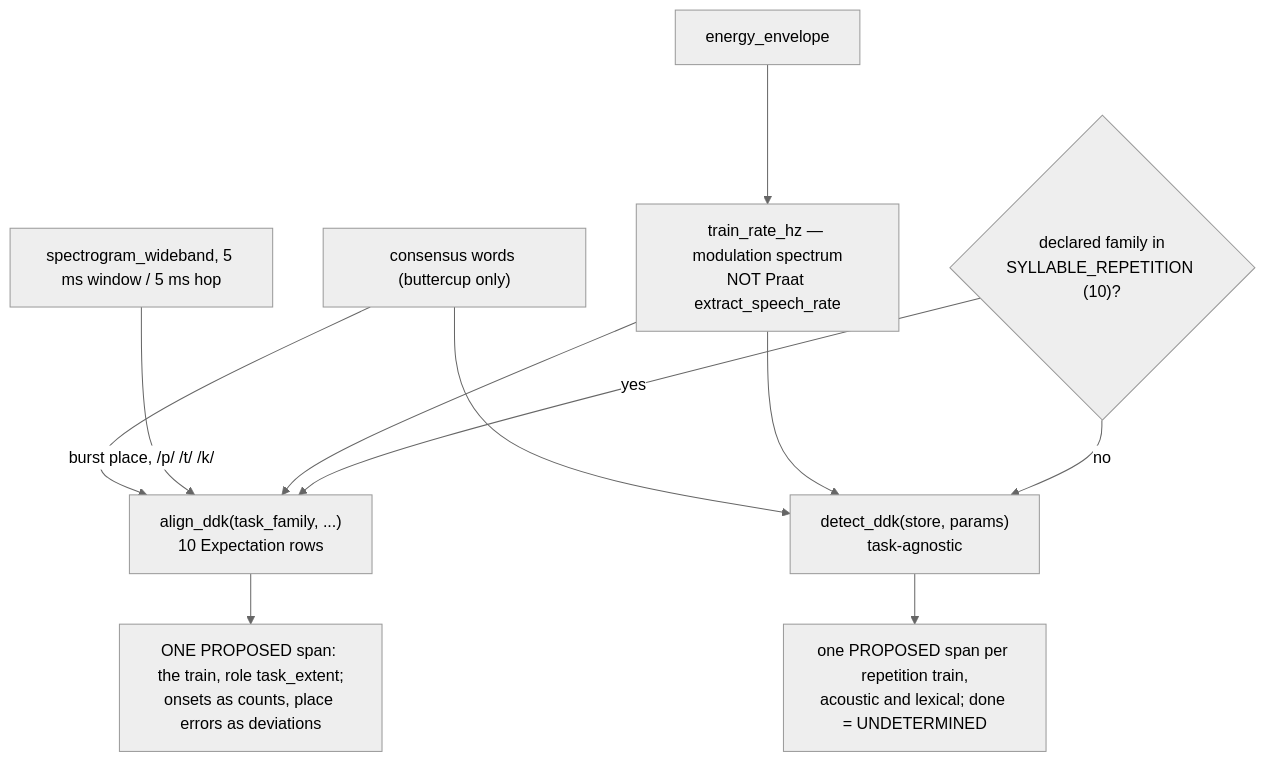
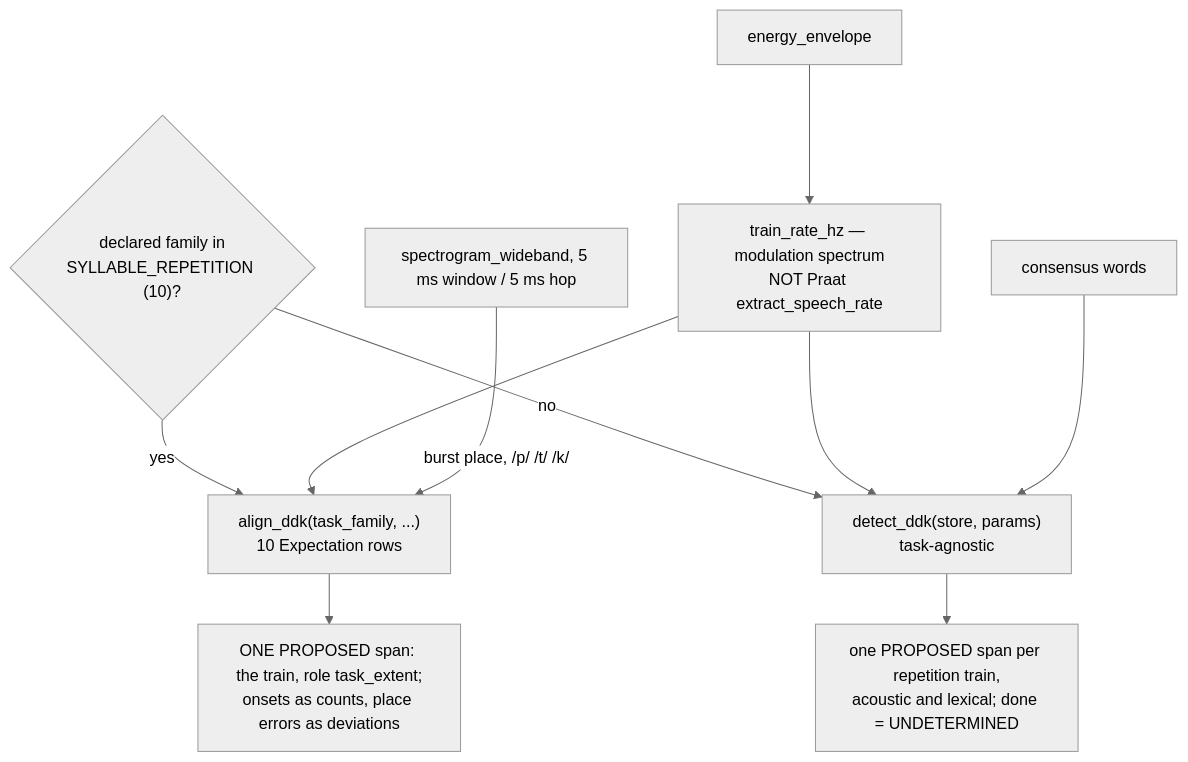
Before and after one commit to sensein/senselab: diagram 11 of 13 in specs/20260817-triage-workflow-dag/dag.md, drawn with Mermaid (neutral theme). The commit also changed other lines of this file and 13 other files, not shown here.

````diff
--- a/specs/20260817-triage-workflow-dag/dag.md
+++ b/specs/20260817-triage-workflow-dag/dag.md
@@ -2190,14 +2191,13 @@
 ```mermaid
 graph TD
   FAM{"declared family in<br/>SYLLABLE_REPETITION (10)?"}
   FAM -->|yes| AL["align_ddk(task_family, ...)<br/>10 Expectation rows"]
   FAM -->|no| DE["detect_ddk(store, params)<br/>task-agnostic"]
   EE2["energy_envelope"] --> TR
   TR["train_rate_hz — modulation spectrum<br/>NOT Praat extract_speech_rate"] --> AL
   TR --> DE
   SW["spectrogram_wideband, 5 ms window / 5 ms hop"] -->|"burst place, /p/ /t/ /k/"| AL
-  CONS3["consensus words (buttercup only)"] --> AL
-  CONS3 --> DE
+  CONS3["consensus words"] --> DE
   AL --> ALOUT["ONE PROPOSED span: the train, role task_extent;<br/>onsets as counts, place errors as deviations"]
   DE --> DEOUT["one PROPOSED span per repetition train,<br/>acoustic and lexical; done = UNDETERMINED"]
 ```
````
